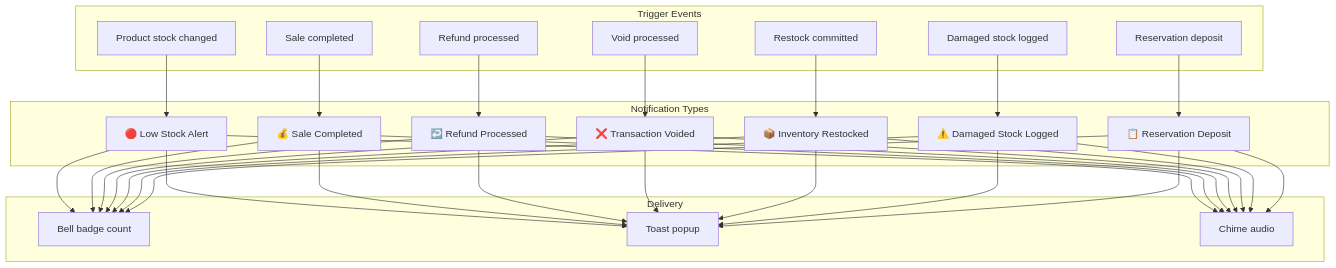
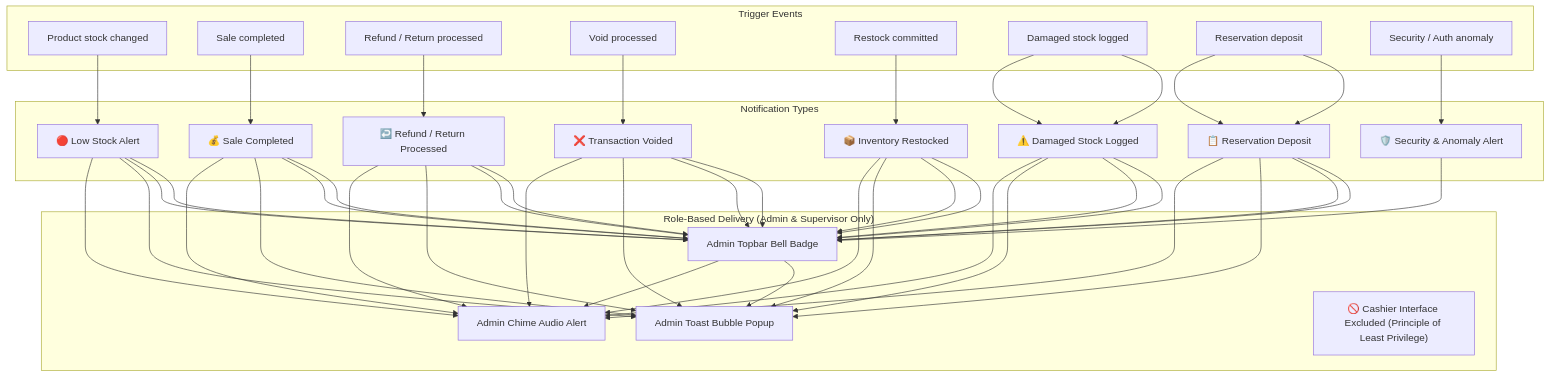
One commit to martinitokristan-dev/ZTG-POS-With-Smart-Inventory changed the ninth of 10 diagrams in backend/SystemLogicFlows.md. Above: the diagram before and after it, drawn with Mermaid. The commit also changed other lines of this file and 37 other files, not shown here.

````diff
--- a/backend/SystemLogicFlows.md
+++ b/backend/SystemLogicFlows.md
@@ -1308,40 +1308,58 @@
 ```mermaid
 flowchart TD
     subgraph "Trigger Events"
         E1[Product stock changed]
         E2[Sale completed]
-        E3[Refund processed]
+        E3[Refund / Return processed]
         E4[Void processed]
         E5[Restock committed]
         E6[Damaged stock logged]
         E7[Reservation deposit]
+        E8[Security / Auth anomaly]
     end
 
     subgraph "Notification Types"
         N1["🔴 Low Stock Alert"]
         N2["💰 Sale Completed"]
-        N3["↩️ Refund Processed"]
+        N3["↩️ Refund / Return Processed"]
         N4["❌ Transaction Voided"]
         N5["📦 Inventory Restocked"]
         N6["⚠️ Damaged Stock Logged"]
         N7["📋 Reservation Deposit"]
+        N8["🛡️ Security & Anomaly Alert"]
     end
 
-    subgraph "Delivery"
-        D1[Bell badge count]
-        D2[Toast popup]
-        D3[Chime audio]
+    subgraph "Role-Based Delivery (Admin & Supervisor Only)"
+        D1[Admin Topbar Bell Badge]
+        D2[Admin Toast Bubble Popup]
+        D3[Admin Chime Audio Alert]
+        D4["🚫 Cashier Interface Excluded (Principle of Least Privilege)"]
     end
 
     E1 --> N1
     E2 --> N2
     E3 --> N3
     E4 --> N4
     E5 --> N5
     E6 --> N6
     E7 --> N7
+    E8 --> N8
+
+    N1 --> D1
+    N2 --> D1
+    N3 --> D1
+    N4 --> D1
+    N5 --> D1
+    N6 --> D1
+    N7 --> D1
+    N8 --> D1
+
+    D1 --> D2
+    D1 --> D3
+    E6 --> N6
+    E7 --> N7
 
     N1 & N2 & N3 & N4 & N5 & N6 & N7 --> D1
     N1 & N2 & N3 & N4 & N5 & N6 & N7 --> D2
     N1 & N2 & N3 & N4 & N5 & N6 & N7 --> D3
 ```
````
